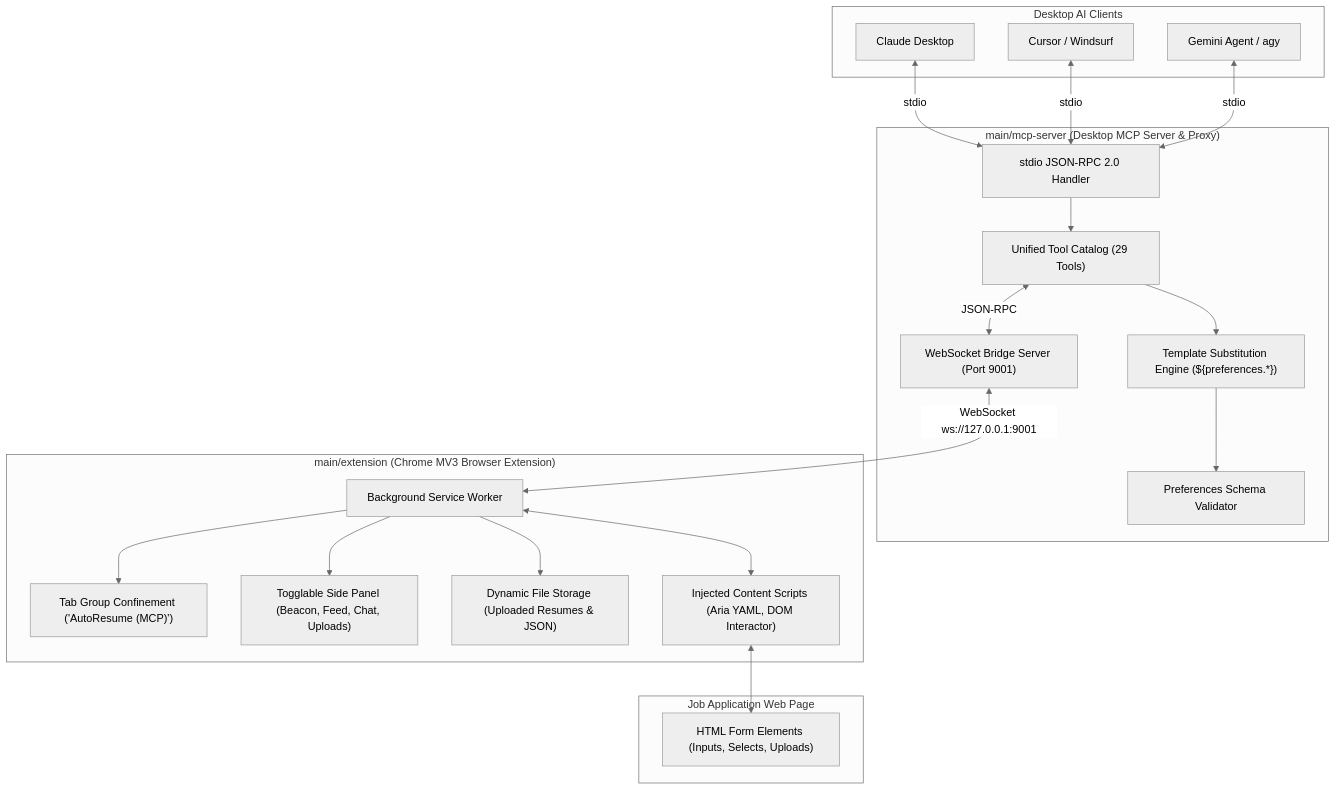
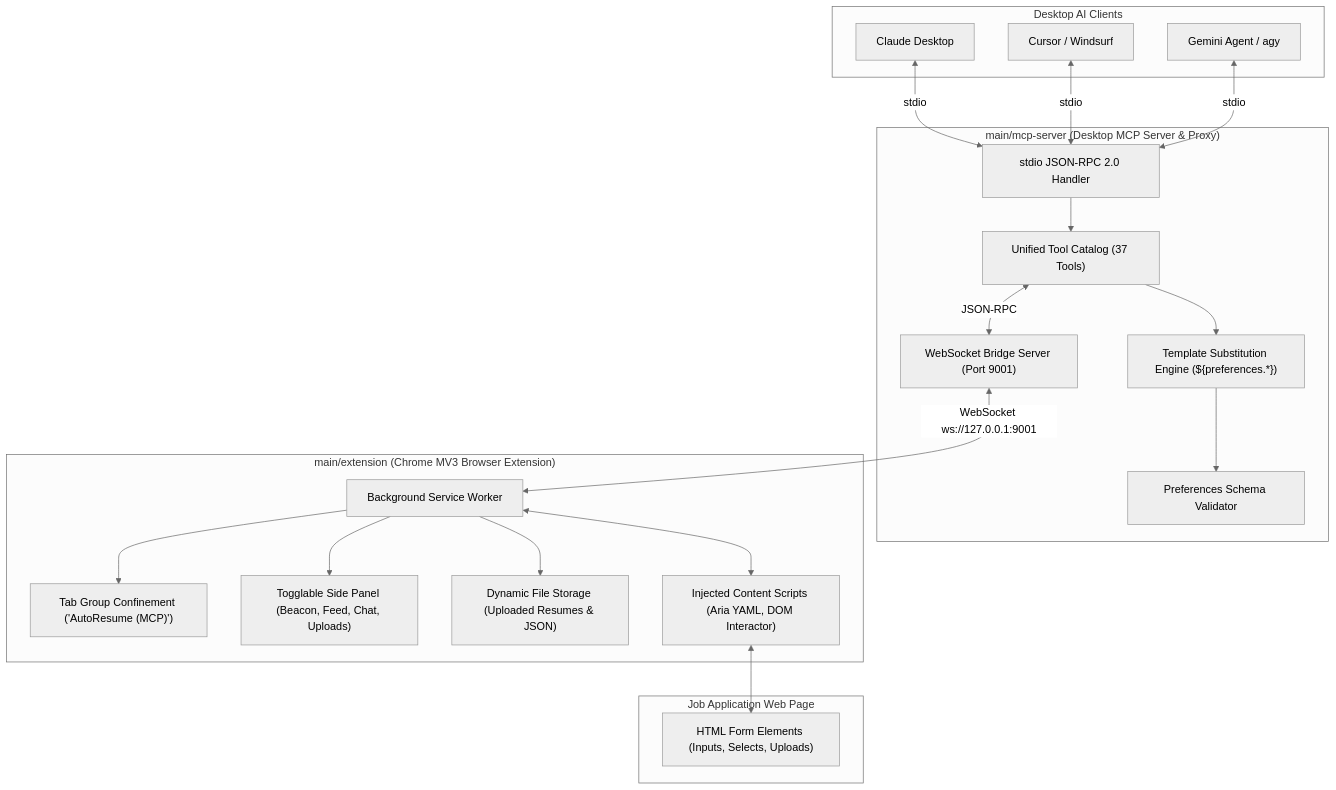
One commit to fschatbot/Resumate changed the diagram in main/README.md. Above: the diagram before and after it, drawn with Mermaid (neutral theme). The commit also changed other lines of this file and 22 other files, not shown here.

````diff
--- a/main/README.md
+++ b/main/README.md
@@ -12,44 +12,44 @@
 ```mermaid
 flowchart TD
     subgraph DesktopClients["Desktop AI Clients"]
         CD["Claude Desktop"]
         CR["Cursor / Windsurf"]
         GM["Gemini Agent / agy"]
     end
 
     subgraph MCPServer["main/mcp-server (Desktop MCP Server & Proxy)"]
         STDIO["stdio JSON-RPC 2.0 Handler"]
-        REG["Unified Tool Catalog (29 Tools)"]
+        REG["Unified Tool Catalog (37 Tools)"]
         TR["Template Substitution Engine (${preferences.*})"]
         VAL["Preferences Schema Validator"]
         WS_SRV["WebSocket Bridge Server (Port 9001)"]
     end
 
     subgraph ChromeExt["main/extension (Chrome MV3 Browser Extension)"]
         SW["Background Service Worker"]
         TG["Tab Group Confinement ('AutoResume (MCP)')"]
         SP["Togglable Side Panel (Beacon, Feed, Chat, Uploads)"]
         FS["Dynamic File Storage (Uploaded Resumes & JSON)"]
         CS["Injected Content Scripts (Aria YAML, DOM Interactor)"]
     end
 
     subgraph TargetPage["Job Application Web Page"]
         DOM["HTML Form Elements (Inputs, Selects, Uploads)"]
     end
 
     CD <-->|stdio| STDIO
     CR <-->|stdio| STDIO
     GM <-->|stdio| STDIO
 
     STDIO --> REG
     REG --> TR
     TR --> VAL
     REG <-->|JSON-RPC| WS_SRV
     WS_SRV <-->|WebSocket ws://127.0.0.1:9001| SW
 
     SW --> TG
     SW --> SP
     SW --> FS
     SW <--> CS
     CS <--> DOM
 ```
````
